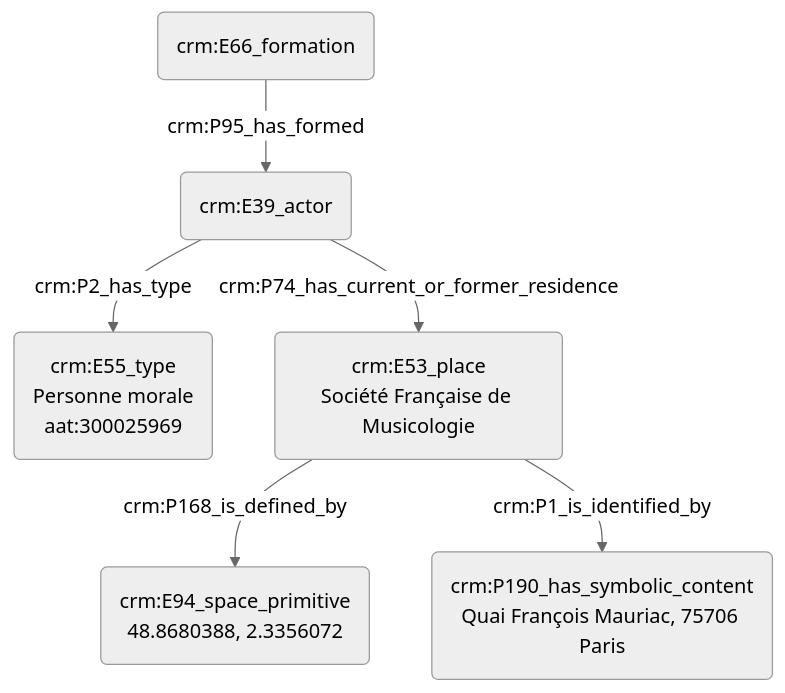
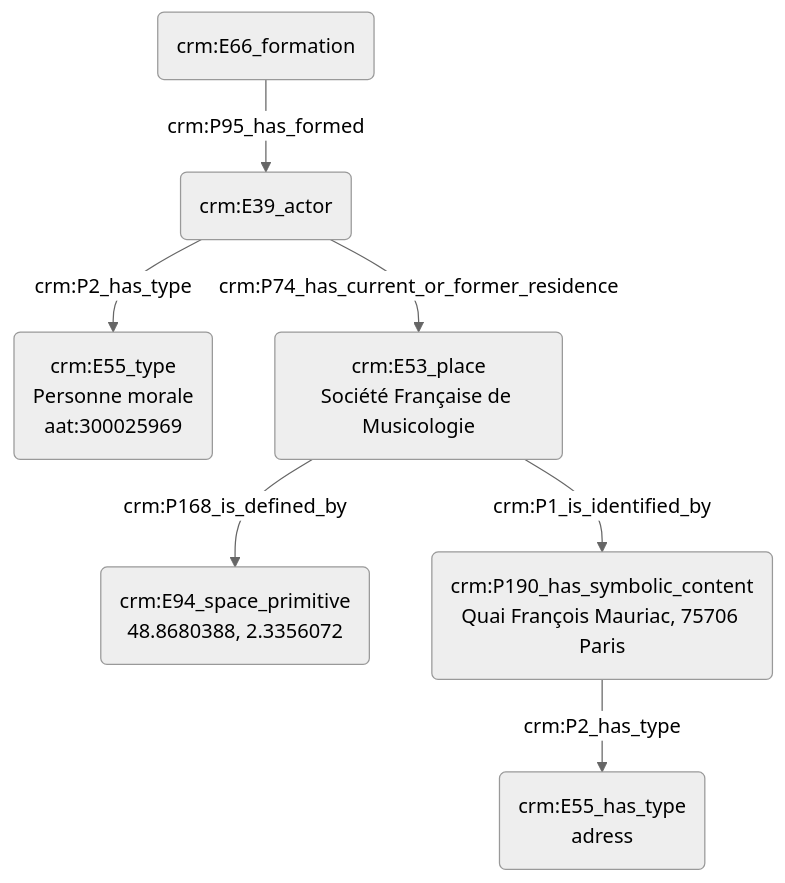
Before and after one commit to Amleth/consortium-musica2-gt2-ontologies: the diagram in modules/livrables/Dossier 2/Indexation conceptuelle/désignation d'une personne morale.md, drawn with Mermaid (neutral theme).

Commit message:
Update désignation d'une personne morale.md

````diff
--- a/modules/livrables/Dossier 2/Indexation conceptuelle/désignation d'une personne morale.md
+++ b/modules/livrables/Dossier 2/Indexation conceptuelle/désignation d'une personne morale.md
@@ -11,11 +11,11 @@
 ```mermaid
 graph TD;
 
 A(crm:E39_actor) --> |crm:P2_has_type| B(crm:E55_type<br>Personne morale<br>aat:300025969)
 C(crm:E66_formation) --> |crm:P95_has_formed| A(crm:E39_actor)
 A(crm:E39_actor) -->|crm:P74_has_current_or_former_residence| D(crm:E53_place<br>Société Française de Musicologie)
 D(crm:E53_place<br>Société Française de Musicologie) --> |crm:P168_is_defined_by| E(crm:E94_space_primitive<br>48.8680388, 2.3356072)
 D(crm:E53_place<br>Société Française de Musicologie) --> |crm:P1_is_identified_by| F(crm:P190_has_symbolic_content<br>Quai François Mauriac, 75706 Paris)
-
+F(crm:P190_has_symbolic_content<br>Quai François Mauriac, 75706 Paris) --> |crm:P2_has_type| G(crm:E55_has_type<br>adress)
 
 ```
````
